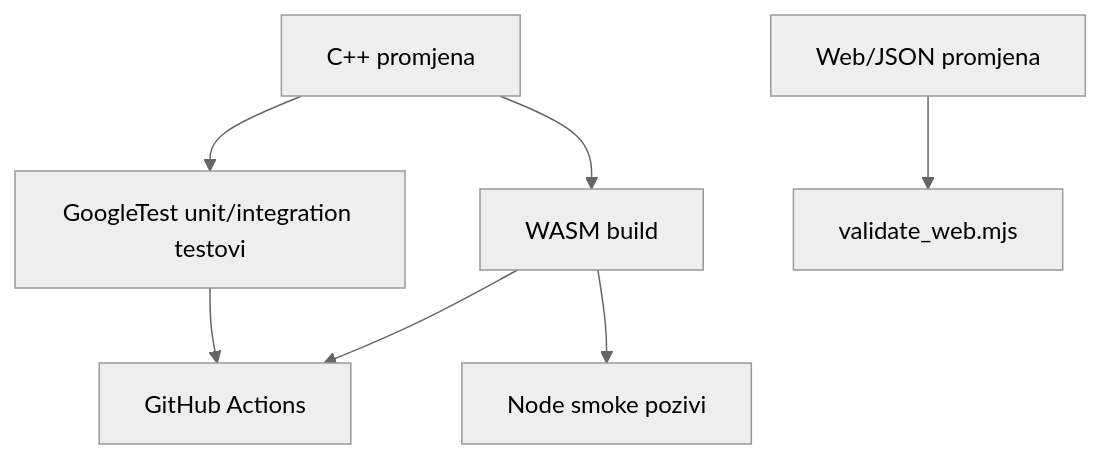
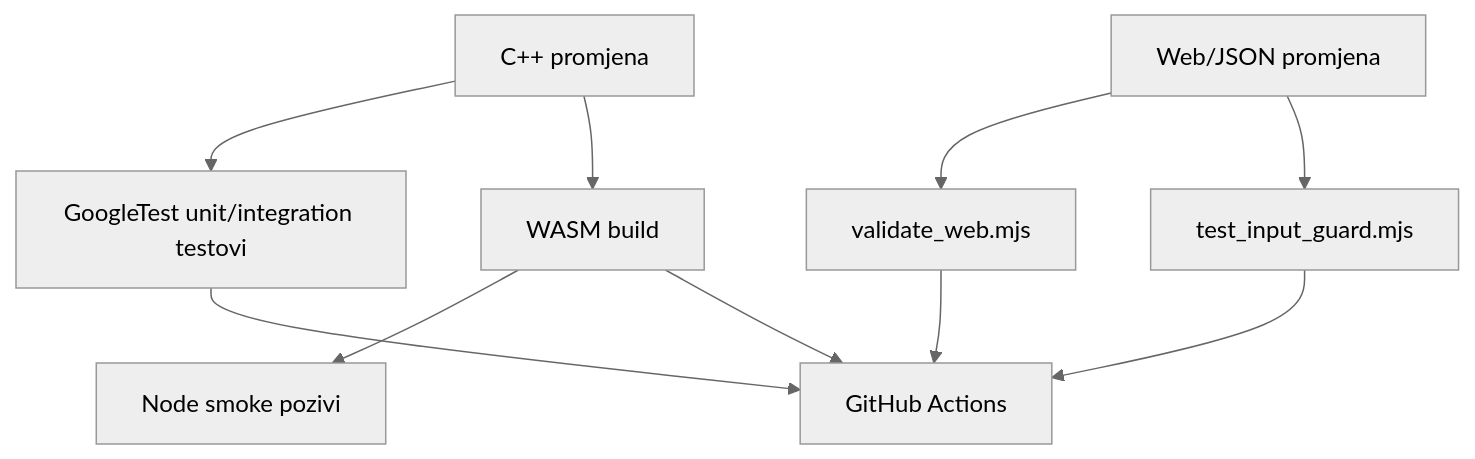
One commit to StjepanVelc/MathEngine changed the diagram in docs/testing-and-ci.md. Above: the diagram before and after it, drawn with Mermaid (neutral theme). The commit also changed other lines of this file and 11 other files, not shown here.

````diff
--- a/docs/testing-and-ci.md
+++ b/docs/testing-and-ci.md
@@ -7,9 +7,12 @@
 ```mermaid
 flowchart TD
 	C[C++ promjena] --> U[GoogleTest unit/integration testovi]
 	C --> W[WASM build]
 	W --> S[Node smoke pozivi]
 	J[Web/JSON promjena] --> V[validate_web.mjs]
+	J --> G[test_input_guard.mjs]
 	U --> CI[GitHub Actions]
 	W --> CI
+	V --> CI
+	G --> CI
 ```
````
